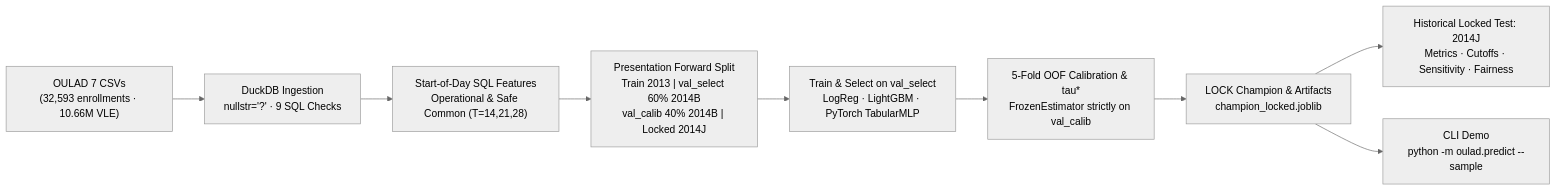
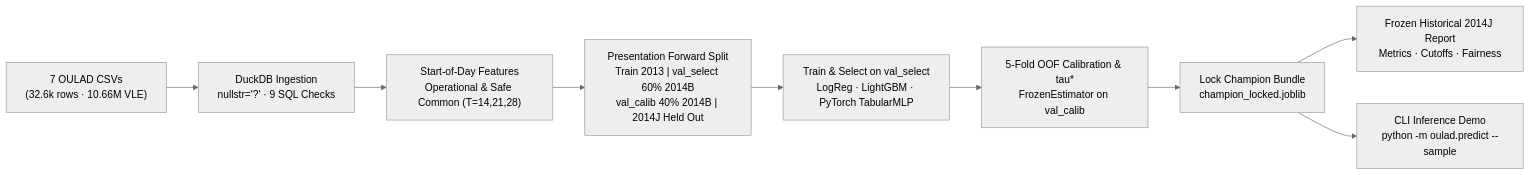
Before and after one commit to Fairy3425/oulad-early-warning: the diagram in README.md, drawn with Mermaid (neutral theme). The commit also changed other lines of this file and 3 other files, not shown here.

````diff
--- a/README.md
+++ b/README.md
@@ -19,11 +51,11 @@
 ```mermaid
 flowchart LR
-    RAW["OULAD 7 CSVs<br/>(32,593 enrollments · 10.66M VLE)"] --> DB["DuckDB Ingestion<br/>nullstr='?' · 9 SQL Checks"]
-    DB --> FE["Start-of-Day SQL Features<br/>Operational & Safe Common (T=14,21,28)"]
-    FE --> SPLIT["Presentation Forward Split<br/>Train 2013 | val_select 60% 2014B<br/>val_calib 40% 2014B | Locked 2014J"]
+    RAW["7 OULAD CSVs<br/>(32.6k rows · 10.66M VLE)"] --> DB["DuckDB Ingestion<br/>nullstr='?' · 9 SQL Checks"]
+    DB --> FE["Start-of-Day Features<br/>Operational & Safe Common (T=14,21,28)"]
+    FE --> SPLIT["Presentation Forward Split<br/>Train 2013 | val_select 60% 2014B<br/>val_calib 40% 2014B | 2014J Held Out"]
     SPLIT --> MODELS["Train & Select on val_select<br/>LogReg · LightGBM · PyTorch TabularMLP"]
-    MODELS --> CAL["5-Fold OOF Calibration & tau*<br/>FrozenEstimator strictly on val_calib"]
-    CAL --> LOCK["LOCK Champion & Artifacts<br/>champion_locked.joblib"]
-    LOCK --> TEST["Historical Locked Test: 2014J<br/>Metrics · Cutoffs · Sensitivity · Fairness"]
-    LOCK --> CLI["CLI Demo<br/>python -m oulad.predict --sample"]
+    MODELS --> CAL["5-Fold OOF Calibration & tau*<br/>FrozenEstimator on val_calib"]
+    CAL --> LOCK["Lock Champion Bundle<br/>champion_locked.joblib"]
+    LOCK --> TEST["Frozen Historical 2014J Report<br/>Metrics · Cutoffs · Fairness"]
+    LOCK --> CLI["CLI Inference Demo<br/>python -m oulad.predict --sample"]
 ```
````
